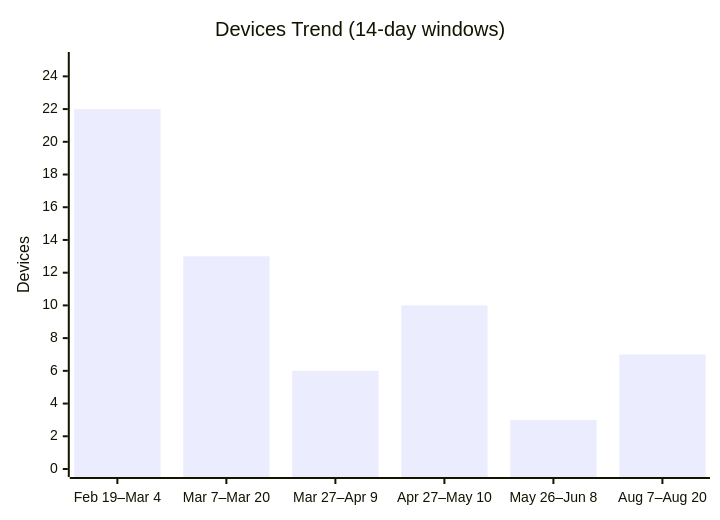
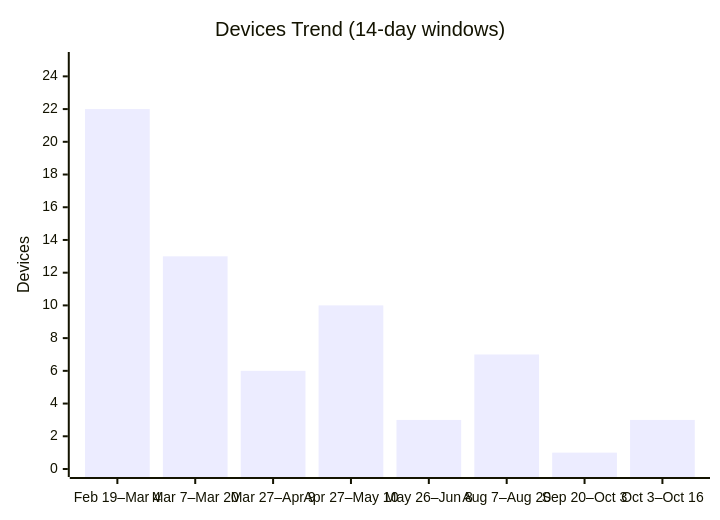
Before and after one commit to thrustCoder/gamer-uncle: the first of 3 diagrams in docs/telemetry/usage_analytics.md, drawn with Mermaid. The commit also changed other lines of this file and 13 other files, not shown here.

First line of the commit message:
v4.0.7 - Update usage analytics with Sep 20 – Oct 3 snapshot (#164)

````diff
--- a/docs/telemetry/usage_analytics.md
+++ b/docs/telemetry/usage_analytics.md
@@ -25,7 +27,7 @@
 ```mermaid
 xychart-beta
     title "Devices Trend (14-day windows)"
-    x-axis ["Feb 19–Mar 4", "Mar 7–Mar 20", "Mar 27–Apr 9", "Apr 27–May 10", "May 26–Jun 8", "Aug 7–Aug 20"]
+    x-axis ["Feb 19–Mar 4", "Mar 7–Mar 20", "Mar 27–Apr 9", "Apr 27–May 10", "May 26–Jun 8", "Aug 7–Aug 20", "Sep 20–Oct 3", "Oct 3–Oct 16"]
     y-axis "Devices" 0 --> 25
-    bar [22, 13, 6, 10, 3, 7]
+    bar [22, 13, 6, 10, 3, 7, 1, 3]
 ```
````
